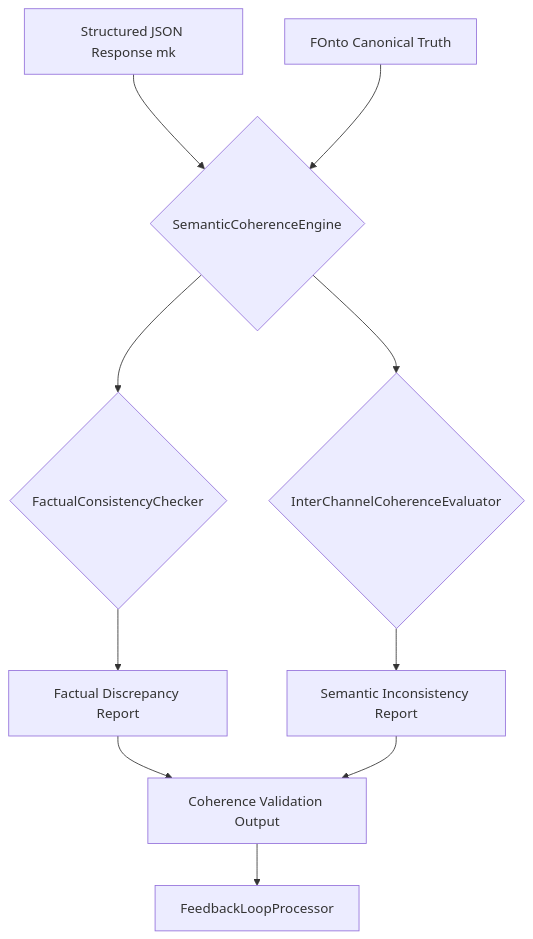
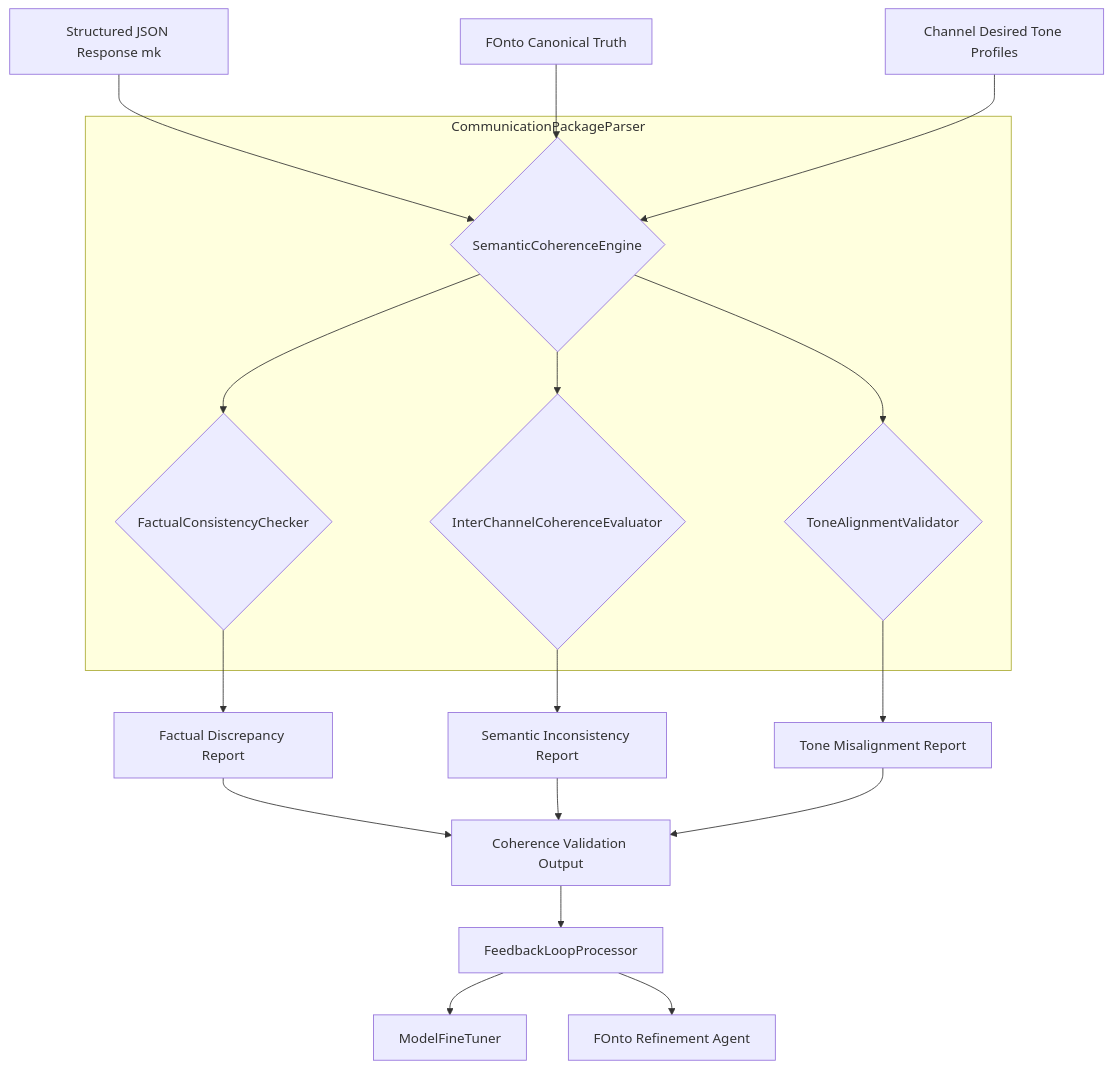
Before and after one commit to diplomat-bit/Citibank_Demo_Business_Inc_Demonstration-: the first of 9 diagrams in inventions/inventions/010_unified_crisis_communications_generation/012_semantic_coherence_verification.md, drawn with Mermaid. The commit also changed other lines of this file, not shown here.

Commit message:
[AI] Edit: inventions/inventions/010_unified_crisis_communications_generation/012_semantic_coherence_verification.md

````diff
--- a/inventions/inventions/010_unified_crisis_communications_generation/012_semantic_coherence_verification.md
+++ b/inventions/inventions/010_unified_crisis_communications_generation/012_semantic_coherence_verification.md
@@ -19,11 +18,23 @@
 ```mermaid
 graph TD
     A[Structured JSON Response mk] --> B{SemanticCoherenceEngine};
     F[FOnto Canonical Truth] --> B;
+    P[Channel Desired Tone Profiles] --> B;
     B --> C{FactualConsistencyChecker};
     B --> D{InterChannelCoherenceEvaluator};
-    C --> E[Factual Discrepancy Report];
-    D --> G[Semantic Inconsistency Report];
-    E & G --> H[Coherence Validation Output];
+    B --> E{ToneAlignmentValidator};
+    C --> F_R[Factual Discrepancy Report];
+    D --> S_R[Semantic Inconsistency Report];
+    E --> T_R[Tone Misalignment Report];
+    F_R & S_R & T_R --> H[Coherence Validation Output];
     H --> I[FeedbackLoopProcessor];
+    I --> J[ModelFineTuner];
+    I --> K[FOnto Refinement Agent];
+
+    subgraph CommunicationPackageParser
+        B
+        C
+        D
+        E
+    end
 ```
````
